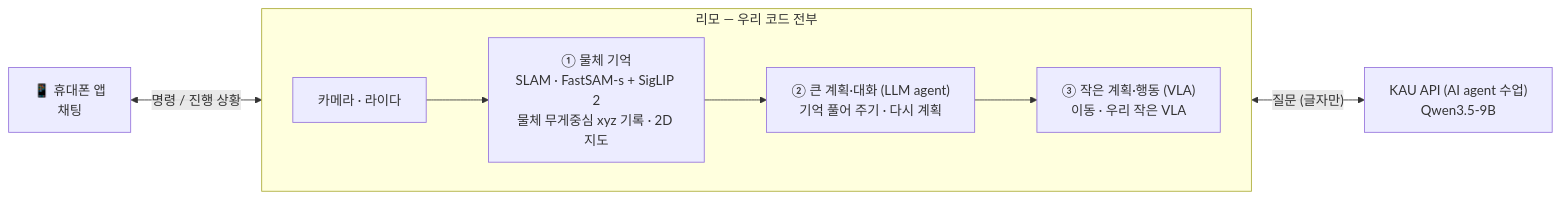
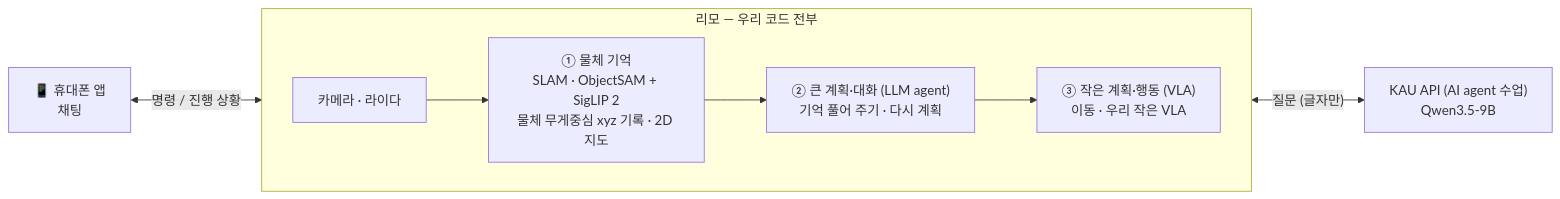
Before and after one commit to juyoung020/robot-agent: the diagram in docs/plan.md, drawn with Mermaid. The commit also changed other lines of this file and 27 other files, not shown here.

````diff
--- a/docs/plan.md
+++ b/docs/plan.md
@@ -15,13 +15,13 @@
 ```mermaid
 flowchart LR
     APP["📱 휴대폰 앱<br/>채팅"]
     subgraph LIMO["리모 — 우리 코드 전부"]
         direction LR
-        S["카메라 · 라이다"] --> M["① 물체 기억<br/>SLAM · FastSAM-s + SigLIP 2<br/>물체 무게중심 xyz 기록 · 2D 지도"]
+        S["카메라 · 라이다"] --> M["① 물체 기억<br/>SLAM · ObjectSAM + SigLIP 2<br/>물체 무게중심 xyz 기록 · 2D 지도"]
         M --> A["② 큰 계획·대화 (LLM agent)<br/>기억 풀어 주기 · 다시 계획"]
         A --> V["③ 작은 계획·행동 (VLA)<br/>이동 · 우리 작은 VLA"]
     end
     Q["KAU API (AI agent 수업)<br/>Qwen3.5-9B"]
     APP <-->|"명령 / 진행 상황"| A
     A <-->|"질문 (글자만)"| Q
 ```
````
